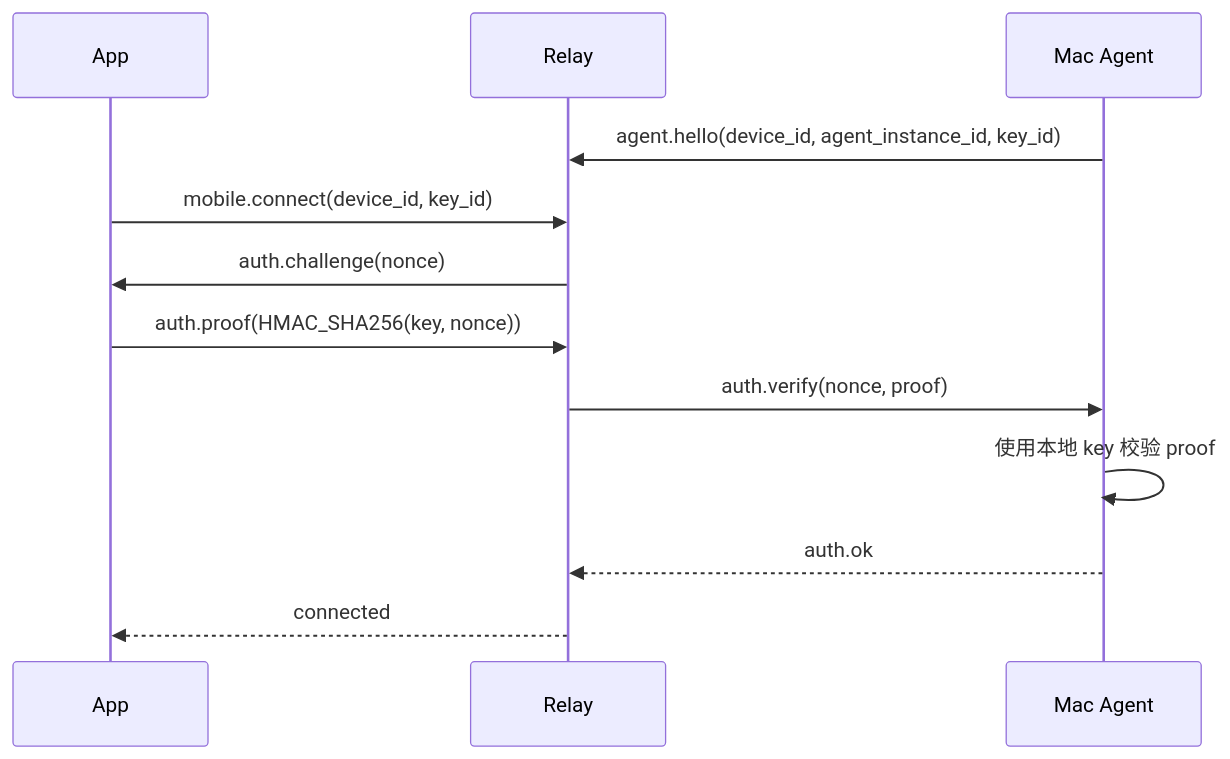
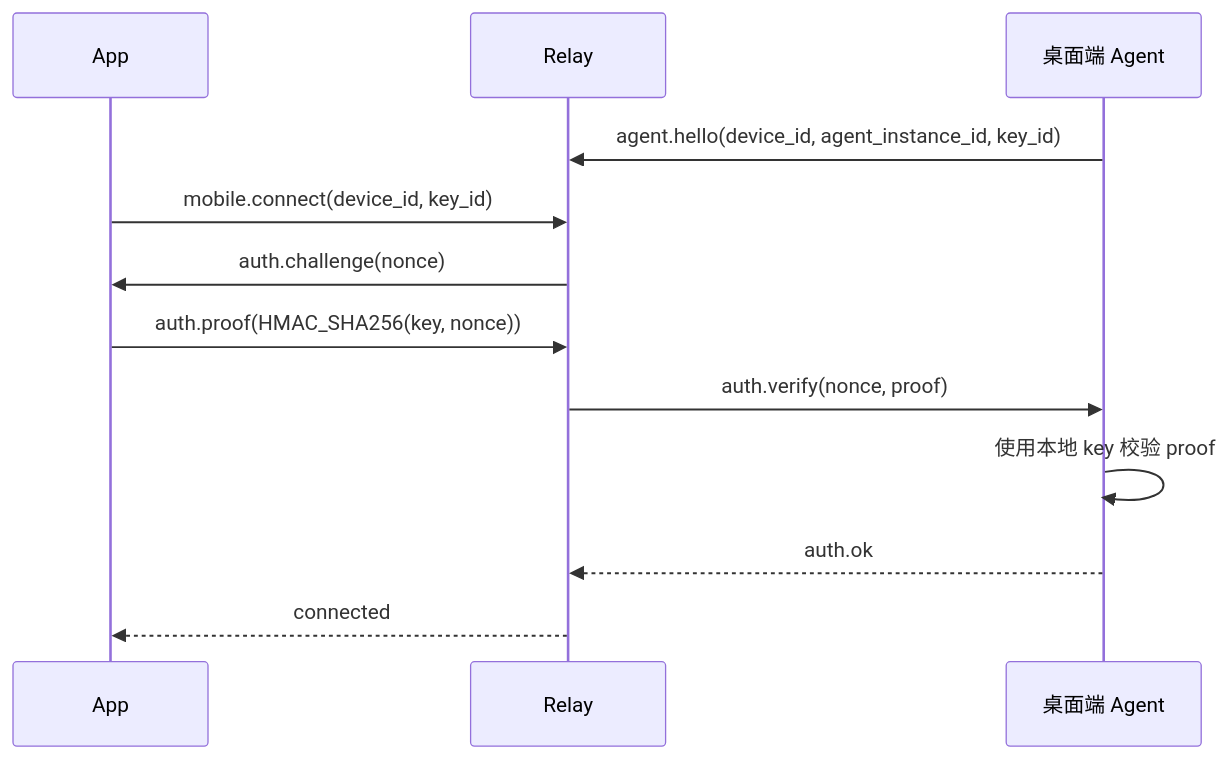
The diagram in docs/auth-key-design.md (zhangbozhb/OmniWork), drawn with Mermaid before and after one commit. The commit also changed other lines of this file and 89 other files, not shown here.

````diff
--- a/docs/auth-key-design.md
+++ b/docs/auth-key-design.md
@@ -117,15 +117,15 @@
 ```mermaid
 sequenceDiagram
   participant A as App
   participant R as Relay
-  participant M as Mac Agent
+  participant M as 桌面端 Agent
 
   M->>R: agent.hello(device_id, agent_instance_id, key_id)
   A->>R: mobile.connect(device_id, key_id)
   R->>A: auth.challenge(nonce)
   A->>R: auth.proof(HMAC_SHA256(key, nonce))
   R->>M: auth.verify(nonce, proof)
   M->>M: 使用本地 key 校验 proof
   M-->>R: auth.ok
   R-->>A: connected
 ```
````
